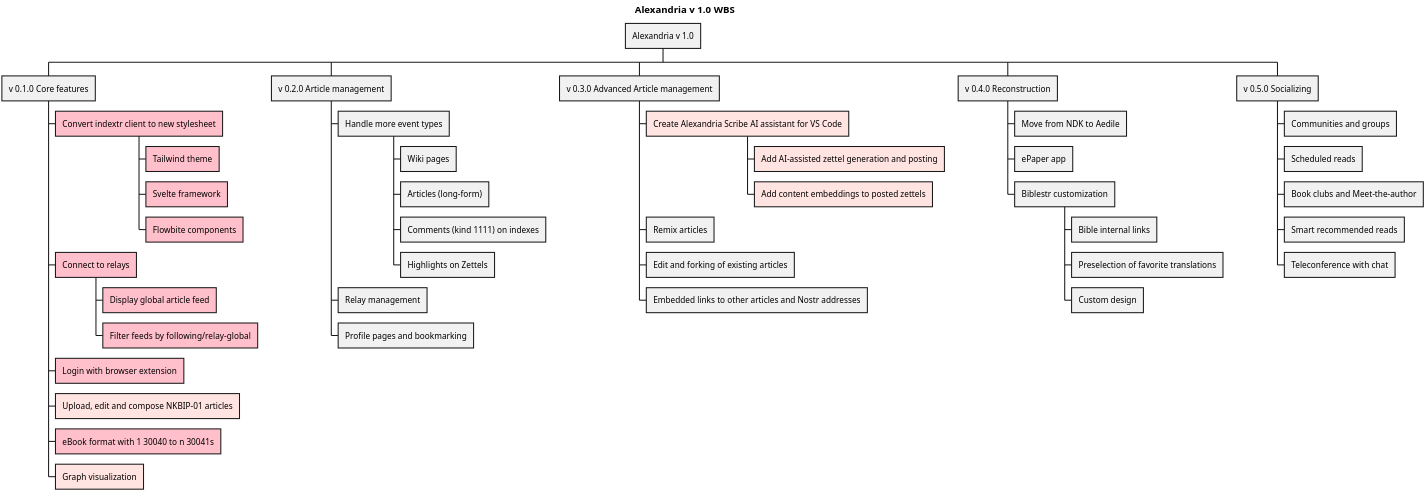
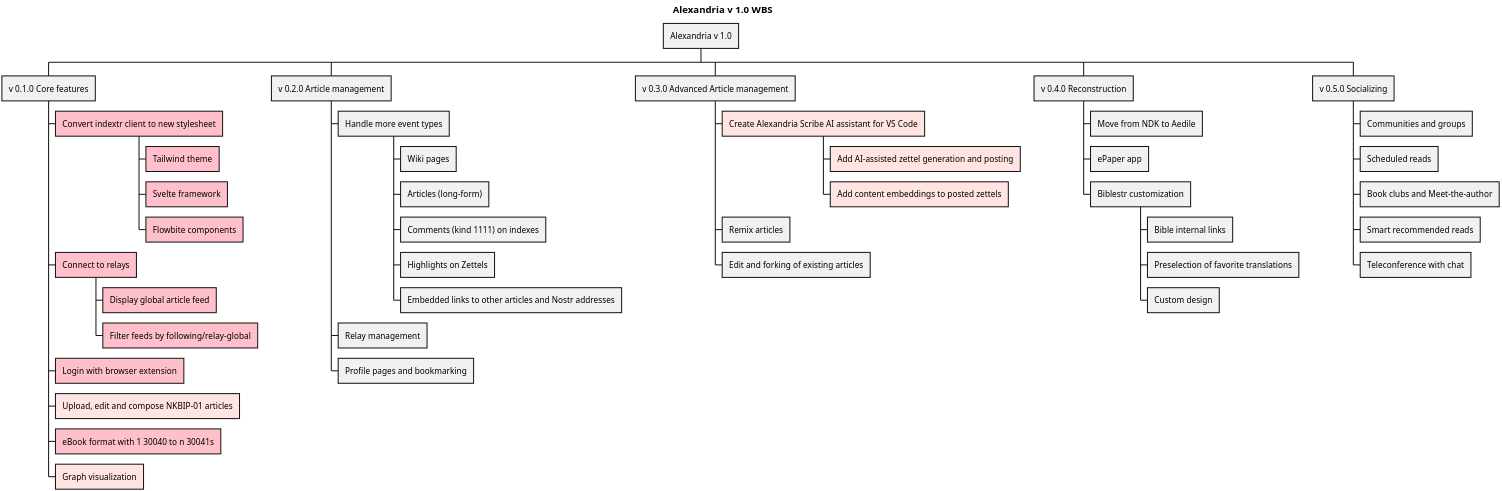
Before and after one commit to ShadowySupercode/gitcitadel: the diagram in plantUML/Alexandria/Alexandria_v1.0_WBS.puml, drawn with PlantUML. The commit also changed 1 other file, not shown here.

```diff
--- a/plantUML/Alexandria/Alexandria_v1.0_WBS.puml
+++ b/plantUML/Alexandria/Alexandria_v1.0_WBS.puml
@@ -1,59 +1,59 @@
 @startwbs Alexandria_v1.0_WBS
 
 <style>
 wbsDiagram {
   .pink {
       BackgroundColor pink
   }
     .lightpink {
       BackgroundColor MistyRose
   }
 }
 </style>
 
 skinparam dpi 300
 title Alexandria v 1.0 WBS
 
 * Alexandria v 1.0
 ** v 0.1.0 Core features
 *** Convert indextr client to new stylesheet <<pink>>
 **** Tailwind theme <<pink>>
 **** Svelte framework <<pink>>
 **** Flowbite components <<pink>>
 *** Connect to relays <<pink>>
 **** Display global article feed <<pink>>
 **** Filter feeds by following/relay-global <<pink>>
 *** Login with browser extension <<pink>>
 *** Upload, edit and compose NKBIP-01 articles <<lightpink>>
 *** eBook format with 1 30040 to n 30041s <<pink>>
 *** Graph visualization <<lightpink>>
 ** v 0.2.0 Article management
 *** Handle more event types
 **** Wiki pages
 **** Articles (long-form)
 **** Comments (kind 1111) on indexes
 **** Highlights on Zettels
+**** Embedded links to other articles and Nostr addresses
 *** Relay management
 *** Profile pages and bookmarking
 ** v 0.3.0 Advanced Article management
 *** Create Alexandria Scribe AI assistant for VS Code <<lightpink>>
 **** Add AI-assisted zettel generation and posting <<lightpink>>
 **** Add content embeddings to posted zettels <<lightpink>>
 *** Remix articles
 *** Edit and forking of existing articles
-*** Embedded links to other articles and Nostr addresses
 ** v 0.4.0 Reconstruction
 *** Move from NDK to Aedile
 *** ePaper app
 *** Biblestr customization
 **** Bible internal links
 **** Preselection of favorite translations
 **** Custom design
 ** v 0.5.0 Socializing
 *** Communities and groups
 *** Scheduled reads
 *** Book clubs and Meet-the-author
 *** Smart recommended reads
 *** Teleconference with chat
 
 @endwbs
```
